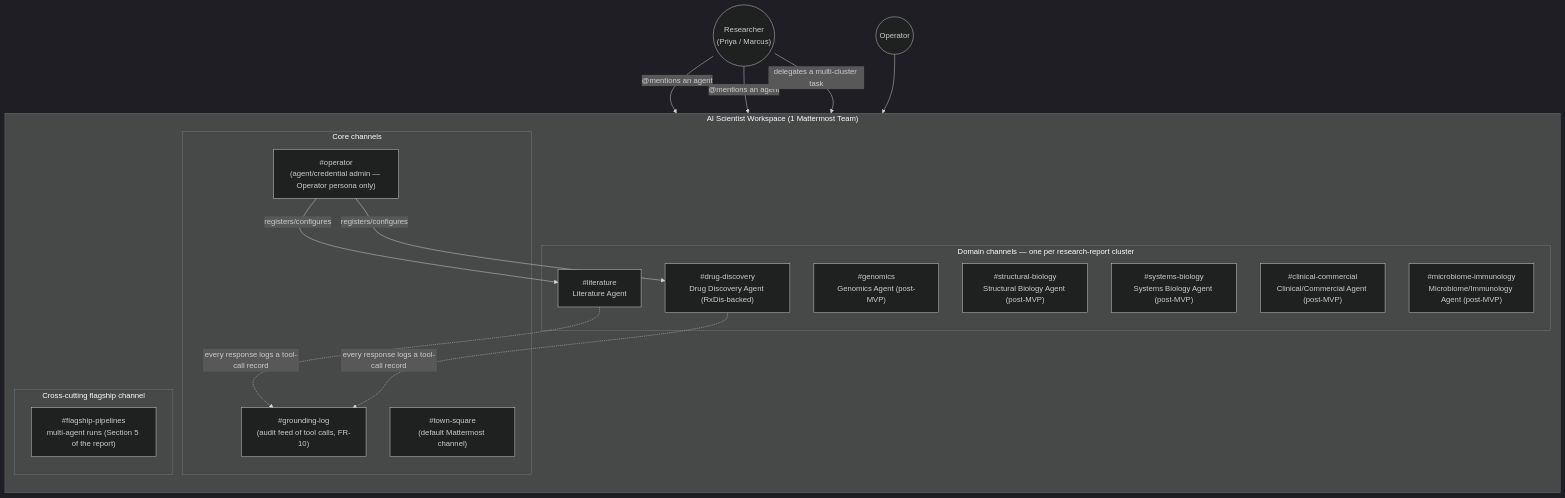
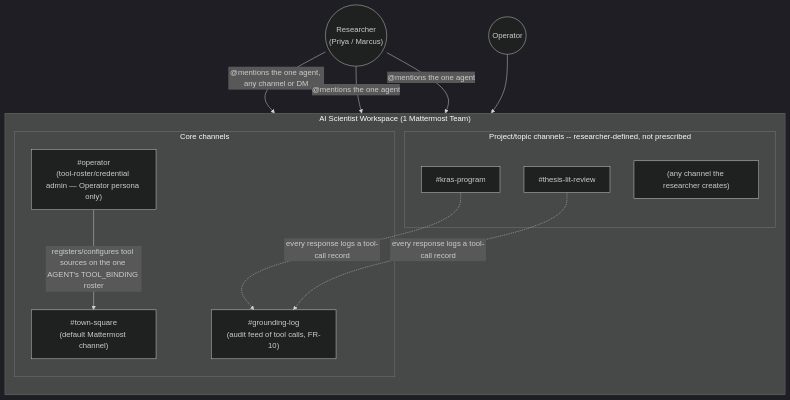
Before and after one commit to RohanV01/AI-BioScientist: the first of 2 diagrams in docs/04-information-architecture.md, drawn with Mermaid (dark theme). The commit also changed other lines of this file and 126 other files, not shown here.

````diff
--- a/docs/04-information-architecture.md
+++ b/docs/04-information-architecture.md
@@ -15,36 +19,27 @@
 ```mermaid
 graph TD
     subgraph Team["AI Scientist Workspace (1 Mattermost Team)"]
         direction TB
 
         subgraph Core["Core channels"]
             Town["#town-square<br/>(default Mattermost channel)"]
-            Ops["#operator<br/>(agent/credential admin — Operator persona only)"]
+            Ops["#operator<br/>(tool-roster/credential admin — Operator persona only)"]
             Log["#grounding-log<br/>(audit feed of tool calls, FR-10)"]
         end
 
-        subgraph Domain["Domain channels — one per research-report cluster"]
-            Lit["#literature<br/>Literature Agent"]
-            Drug["#drug-discovery<br/>Drug Discovery Agent (RxDis-backed)"]
-            Gen["#genomics<br/>Genomics Agent (post-MVP)"]
-            Struct["#structural-biology<br/>Structural Biology Agent (post-MVP)"]
-            Sys["#systems-biology<br/>Systems Biology Agent (post-MVP)"]
-            Clin["#clinical-commercial<br/>Clinical/Commercial Agent (post-MVP)"]
-            Micro["#microbiome-immunology<br/>Microbiome/Immunology Agent (post-MVP)"]
-        end
-
-        subgraph CrossCutting["Cross-cutting flagship channel"]
-            Flag["#flagship-pipelines<br/>multi-agent runs (Section 5 of the report)"]
+        subgraph Project["Project/topic channels -- researcher-defined, not prescribed"]
+            P1["#kras-program"]
+            P2["#thesis-lit-review"]
+            P3["(any channel the researcher creates)"]
         end
     end
 
-    Researcher(("Researcher<br/>(Priya / Marcus)")) -->|"@mentions an agent"| Lit
-    Researcher -->|"@mentions an agent"| Drug
-    Researcher -->|"delegates a multi-cluster task"| Flag
+    Researcher(("Researcher<br/>(Priya / Marcus)")) -->|"@mentions the one agent, any channel or DM"| P1
+    Researcher -->|"@mentions the one agent"| P2
+    Researcher -->|"@mentions the one agent"| Town
     Operator(("Operator")) --> Ops
-    Ops -->|"registers/configures"| Lit
-    Ops -->|"registers/configures"| Drug
+    Ops -->|"registers/configures tool sources on the one AGENT's TOOL_BINDING roster"| Town
 
-    Lit -.->|"every response logs a tool-call record"| Log
-    Drug -.->|"every response logs a tool-call record"| Log
+    P1 -.->|"every response logs a tool-call record"| Log
+    P2 -.->|"every response logs a tool-call record"| Log
 ```
````
